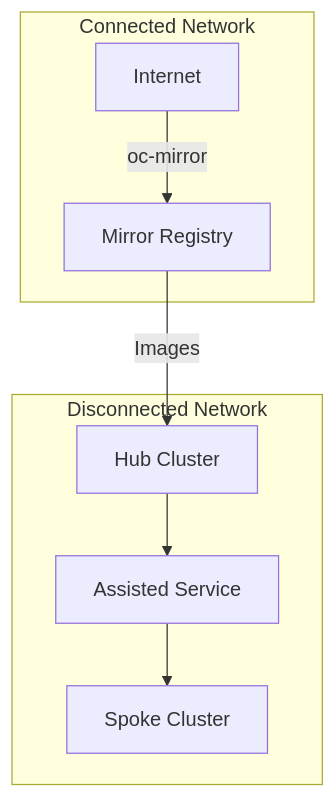
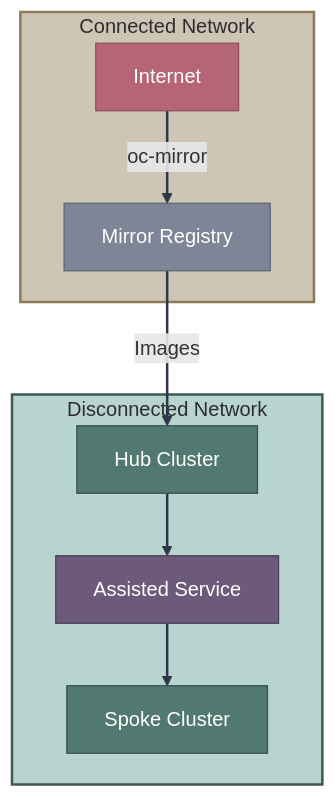
One commit to zszabo-rh/openshift-install-guide changed the third of 4 diagrams in 03-assisted-installation/saas-vs-onprem.md. Above: the diagram before and after it, drawn with Mermaid. The commit also changed other lines of this file and 16 other files, not shown here.

Commit message:
improved diagram style

````diff
--- a/03-assisted-installation/saas-vs-onprem.md
+++ b/03-assisted-installation/saas-vs-onprem.md
@@ -279,18 +311,29 @@
 ```mermaid
 graph TB
-    subgraph "Connected Network"
+    subgraph connected["Connected Network"]
         INTERNET[Internet]
         MIRROR[Mirror Registry]
     end
     
-    subgraph "Disconnected Network"
+    subgraph disconnected["Disconnected Network"]
         HUB[Hub Cluster]
         SERVICE[Assisted Service]
         SPOKE[Spoke Cluster]
     end
     
     INTERNET -->|oc-mirror| MIRROR
     MIRROR -->|Images| HUB
     HUB --> SERVICE
     SERVICE --> SPOKE
+    
+    style INTERNET fill:#b56576,stroke:#8d4e5a,color:#fff
+    style MIRROR fill:#7d8597,stroke:#5c6378,color:#fff
+    style HUB fill:#52796f,stroke:#354f52,color:#fff
+    style SERVICE fill:#6d597a,stroke:#4a3f50,color:#fff
+    style SPOKE fill:#52796f,stroke:#354f52,color:#fff
+    
+    style connected fill:#cfc5b5,stroke:#8d7a5a,stroke-width:2px,color:#2d2d2d
+    style disconnected fill:#b8d4d0,stroke:#3d5a52,stroke-width:2px,color:#2d2d2d
+    
+    linkStyle default stroke:#2d3748,stroke-width:2px
 ```
````
